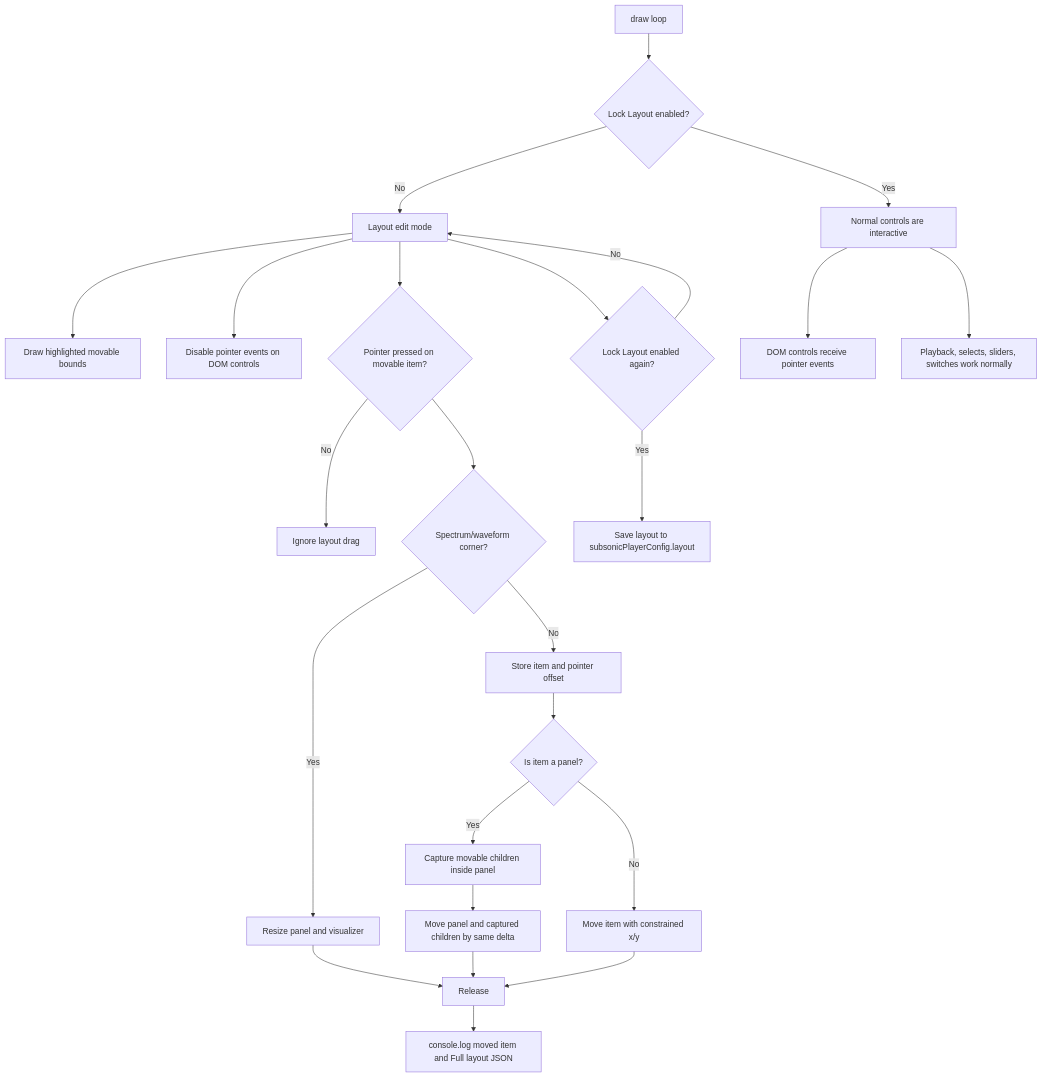
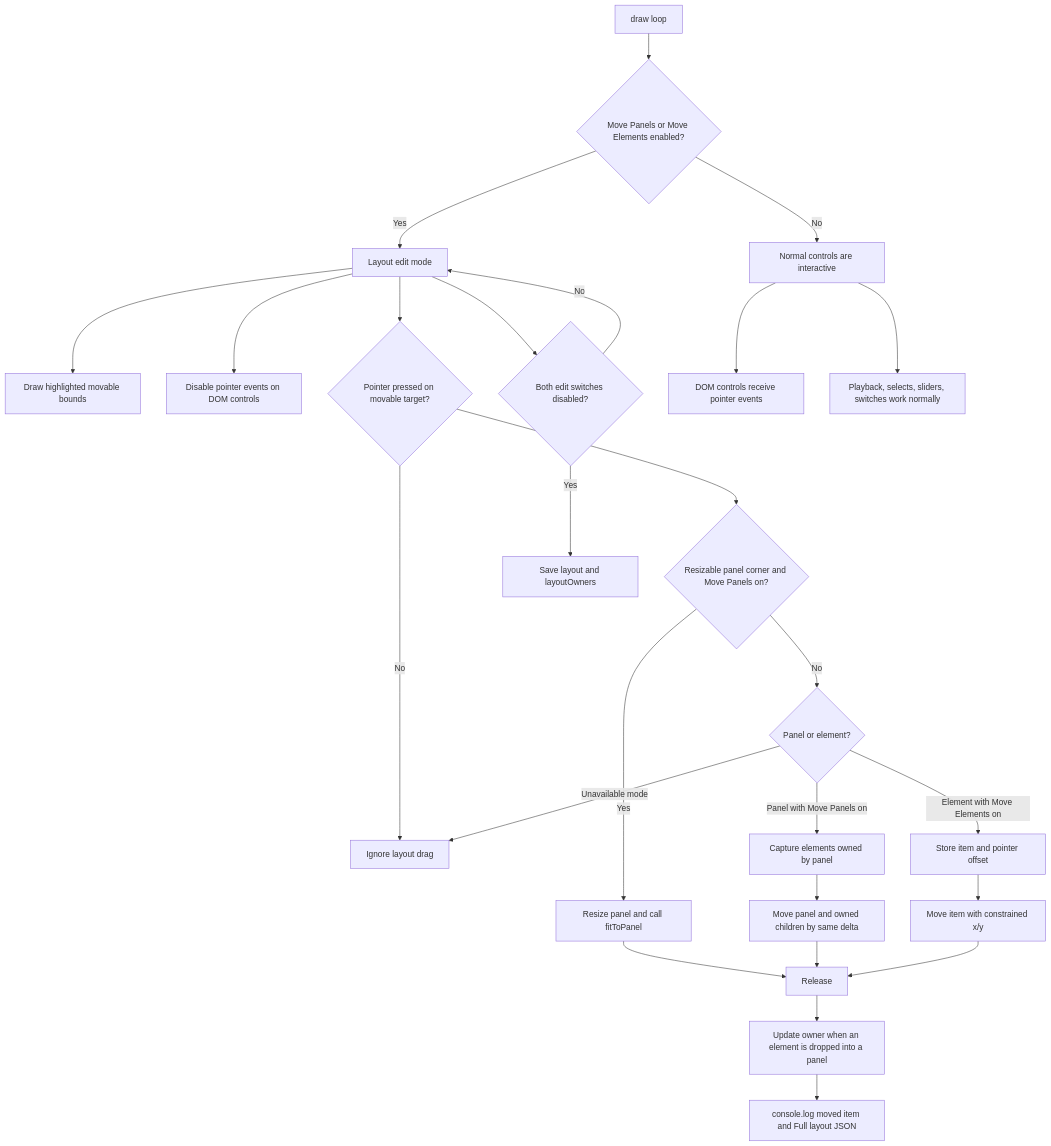
The eighth of 11 diagrams in doc/diagrams.md (Leorivasc/neon_deck), drawn with Mermaid before and after one commit. The commit also changed other lines of this file and 2 other files, not shown here.

````diff
--- a/doc/diagrams.md
+++ b/doc/diagrams.md
@@ -201,28 +203,30 @@
 ```mermaid
 flowchart TD
-    Draw[draw loop] --> LockState{Lock Layout enabled?}
-    LockState -->|Yes| Normal[Normal controls are interactive]
-    LockState -->|No| Edit[Layout edit mode]
+    Draw[draw loop] --> EditState{Move Panels or Move Elements enabled?}
+    EditState -->|No| Normal[Normal controls are interactive]
+    EditState -->|Yes| Edit[Layout edit mode]
 
     Edit --> Overlay[Draw highlighted movable bounds]
     Edit --> DomPass[Disable pointer events on DOM controls]
-    Edit --> Press{Pointer pressed on movable item?}
+    Edit --> Press{Pointer pressed on movable target?}
     Press -->|No| Ignore[Ignore layout drag]
-    Press --> Resize{Spectrum/waveform corner?}
-    Resize -->|Yes| ResizePanel[Resize panel and visualizer]
+    Press --> Resize{Resizable panel corner and Move Panels on?}
+    Resize -->|Yes| ResizePanel[Resize panel and call fitToPanel]
     ResizePanel --> Release
-    Resize -->|No| Capture[Store item and pointer offset]
-    Capture --> Group{Is item a panel?}
-    Group -->|Yes| Children[Capture movable children inside panel]
-    Group -->|No| Drag[Move item with constrained x/y]
-    Children --> DragGroup[Move panel and captured children by same delta]
+    Resize -->|No| Target{Panel or element?}
+    Target -->|Panel with Move Panels on| Children[Capture elements owned by panel]
+    Target -->|Element with Move Elements on| Capture[Store item and pointer offset]
+    Target -->|Unavailable mode| Ignore
+    Capture --> Drag[Move item with constrained x/y]
+    Children --> DragGroup[Move panel and owned children by same delta]
     DragGroup --> Release
     Drag --> Release
-    Release --> Log[console.log moved item and Full layout JSON]
-    Edit --> Relock{Lock Layout enabled again?}
-    Relock -->|Yes| Save[Save layout to subsonicPlayerConfig.layout]
+    Release --> Owner[Update owner when an element is dropped into a panel]
+    Owner --> Log[console.log moved item and Full layout JSON]
+    Edit --> Relock{Both edit switches disabled?}
+    Relock -->|Yes| Save[Save layout and layoutOwners]
     Relock -->|No| Edit
 
     Normal --> DomNormal[DOM controls receive pointer events]
     Normal --> Playback[Playback, selects, sliders, switches work normally]
 ```
````
